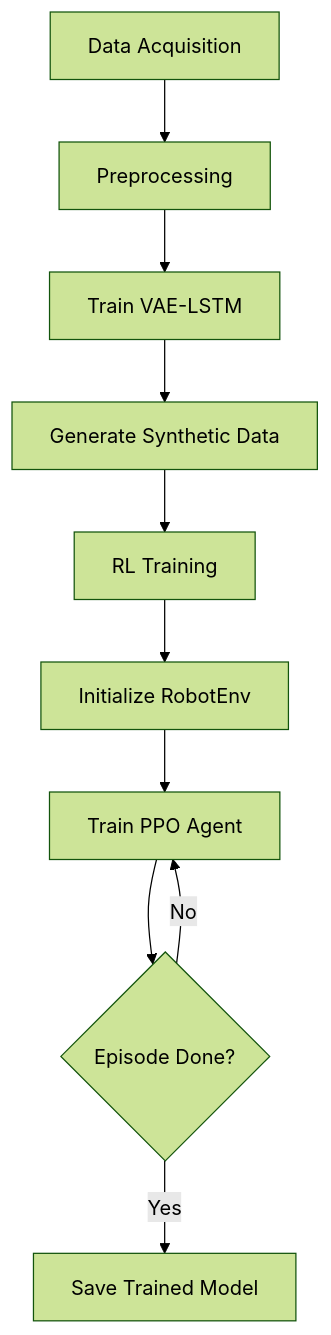
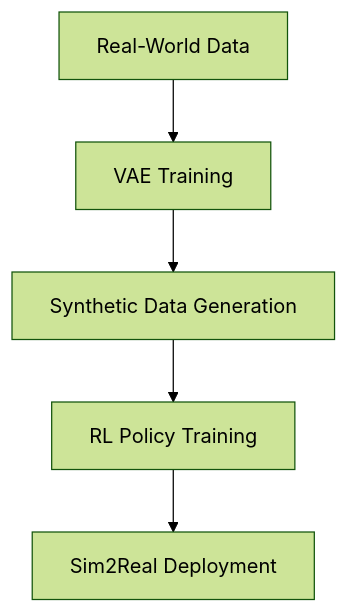
The diagram in README.md (josephlinoy123/Robotic-Assembly-Sim2Real), drawn with Mermaid (forest theme) before and after one commit. The commit also changed other lines of this file, not shown here.

````diff
--- a/README.md
+++ b/README.md
@@ -40,12 +40,7 @@
 ```mermaid
 graph TD
-    A[Data Acquisition] --> B[Preprocessing]
-    B --> C[Train VAE-LSTM]
-    C --> D[Generate Synthetic Data]
-    D --> E[RL Training]
-    E --> F[Initialize RobotEnv]
-    F --> G[Train PPO Agent]
-    G --> H{Episode Done?}
-    H -->|No| G
-    H -->|Yes| I[Save Trained Model]
+    A[Real-World Data] --> B[VAE Training]
+    B --> C[Synthetic Data Generation]
+    C --> D[RL Policy Training]
+    D --> E[Sim2Real Deployment]
 ```    
````
